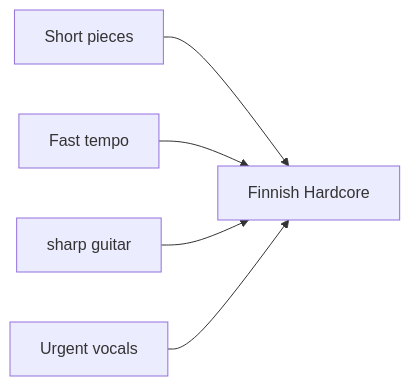
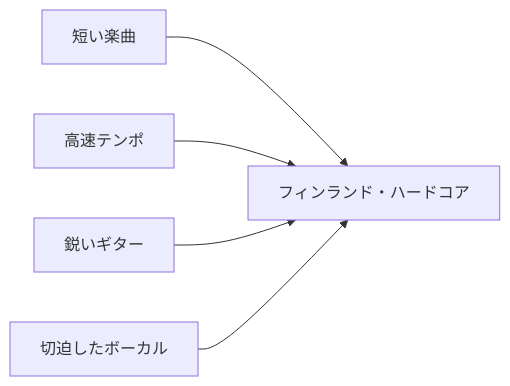
Before and after one commit to monumental-movement/monumental-movement.github.io: the fourth of 13 diagrams in en/_posts/2026-07-13-column-terveet-kadet.md, drawn with Mermaid. The commit also changed other lines of this file and 2196 other files, not shown here.

```diff
--- a/en/_posts/2026-07-13-column-terveet-kadet.md
+++ b/en/_posts/2026-07-13-column-terveet-kadet.md
@@ -228,14 +227,14 @@
 <div class="mermaid">
 graph LR
-A["Short pieces"]
-B["Fast tempo"]
-C["sharp guitar"]
-D["Urgent vocals"]
-E["Finnish Hardcore"]
+A["短い楽曲"]
+B["高速テンポ"]
+C["鋭いギター"]
+D["切迫したボーカル"]
+E["フィンランド・ハードコア"]
 
 A --> E
 B --> E
 C --> E
 D --> E
 
 </div>
```
